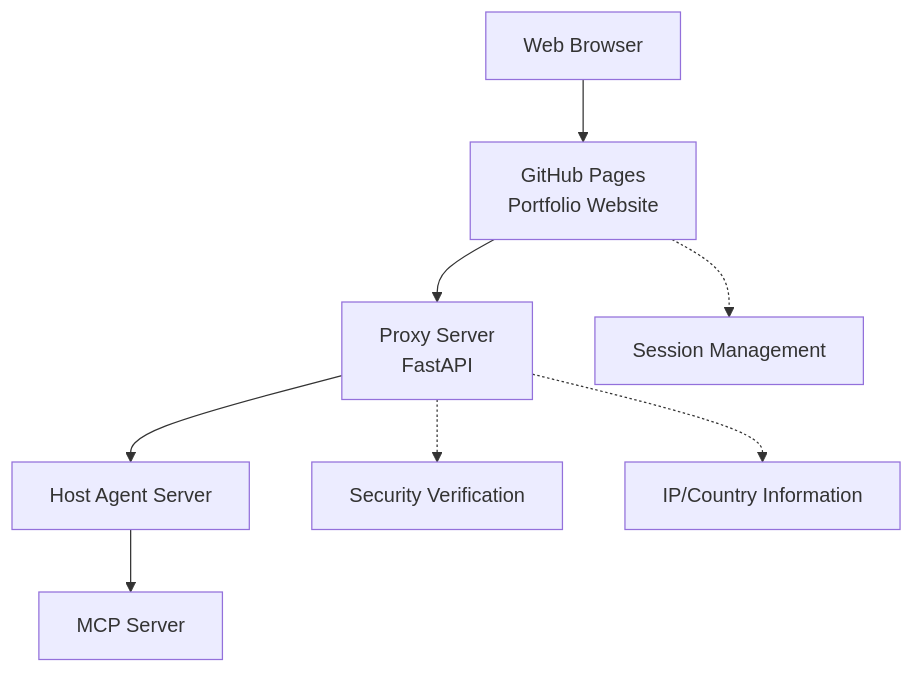
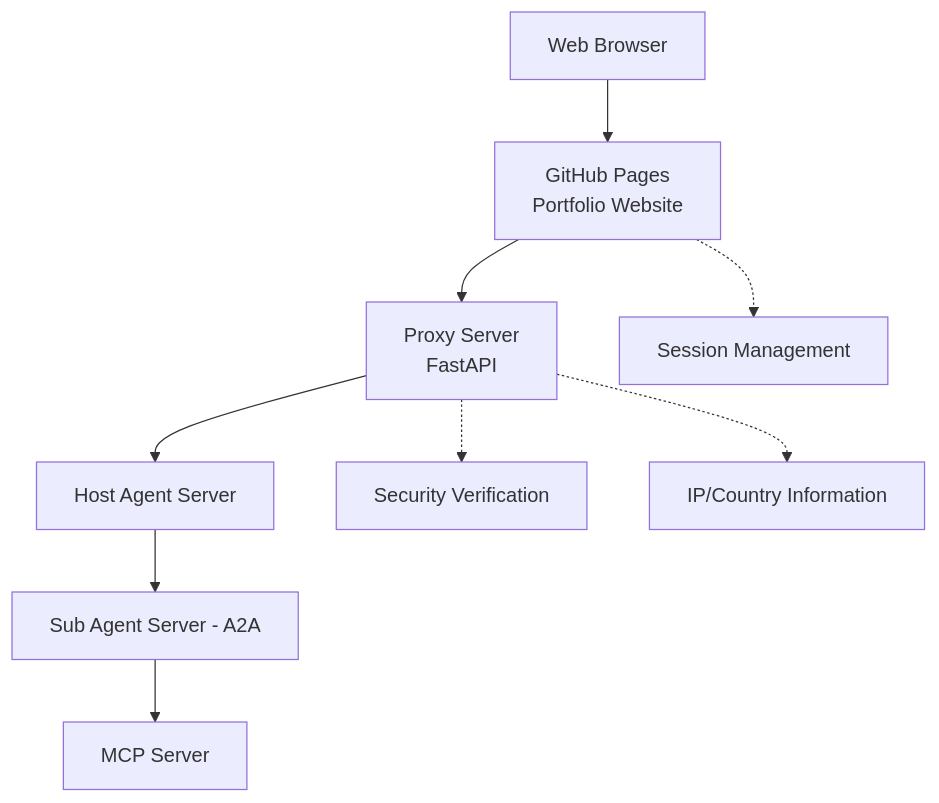
One commit to kimdonghwi94/dhkim changed the diagram in README.md. Above: the diagram before and after it, drawn with Mermaid.

````diff
--- a/README.md
+++ b/README.md
@@ -14,11 +14,12 @@
 ```mermaid
 graph TD
     A[Web Browser] --> B[GitHub Pages<br/>Portfolio Website]
     B --> C[Proxy Server<br/>FastAPI]
     C --> D[Host Agent Server]
-    D --> E[MCP Server]
+    D --> E[Sub Agent Server - A2A]
+    E --> I[MCP Server]
     
     B -.-> F[Session Management]
     C -.-> G[Security Verification]
     C -.-> H[IP/Country Information]
 ```
````
